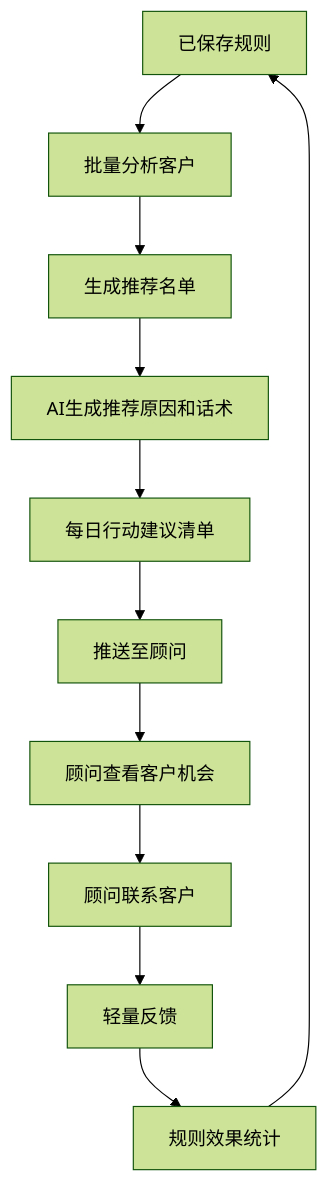
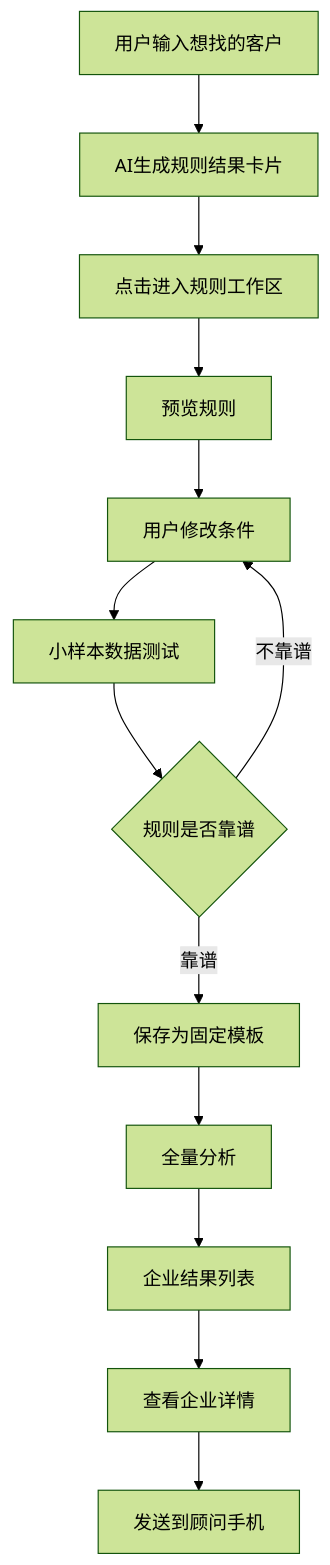
One commit to cat0141/AI-consultant changed the second of 3 diagrams in docs/product-planning/ai-growth-os-leadership-report.md. Above: the diagram before and after it, drawn with Mermaid (forest theme). The commit also changed other lines of this file, not shown here.

````diff
--- a/docs/product-planning/ai-growth-os-leadership-report.md
+++ b/docs/product-planning/ai-growth-os-leadership-report.md
@@ -299,13 +270,15 @@
 ```mermaid
 flowchart TD
-    A[已保存规则] --> B[批量分析客户]
-    B --> C[生成推荐名单]
-    C --> D[AI生成推荐原因和话术]
-    D --> E[每日行动建议清单]
-    E --> F[推送至顾问]
-    F --> G[顾问查看客户机会]
-    G --> H[顾问联系客户]
-    H --> I[轻量反馈]
-    I --> J[规则效果统计]
-    J --> A
+    A[用户输入想找的客户] --> B[AI生成规则结果卡片]
+    B --> C[点击进入规则工作区]
+    C --> D[预览规则]
+    D --> E[用户修改条件]
+    E --> F[小样本数据测试]
+    F --> G{规则是否靠谱}
+    G -->|靠谱| H[保存为固定模板]
+    G -->|不靠谱| E
+    H --> I[全量分析]
+    I --> J[企业结果列表]
+    J --> K[查看企业详情]
+    K --> L[发送到顾问手机]
 ```
````
